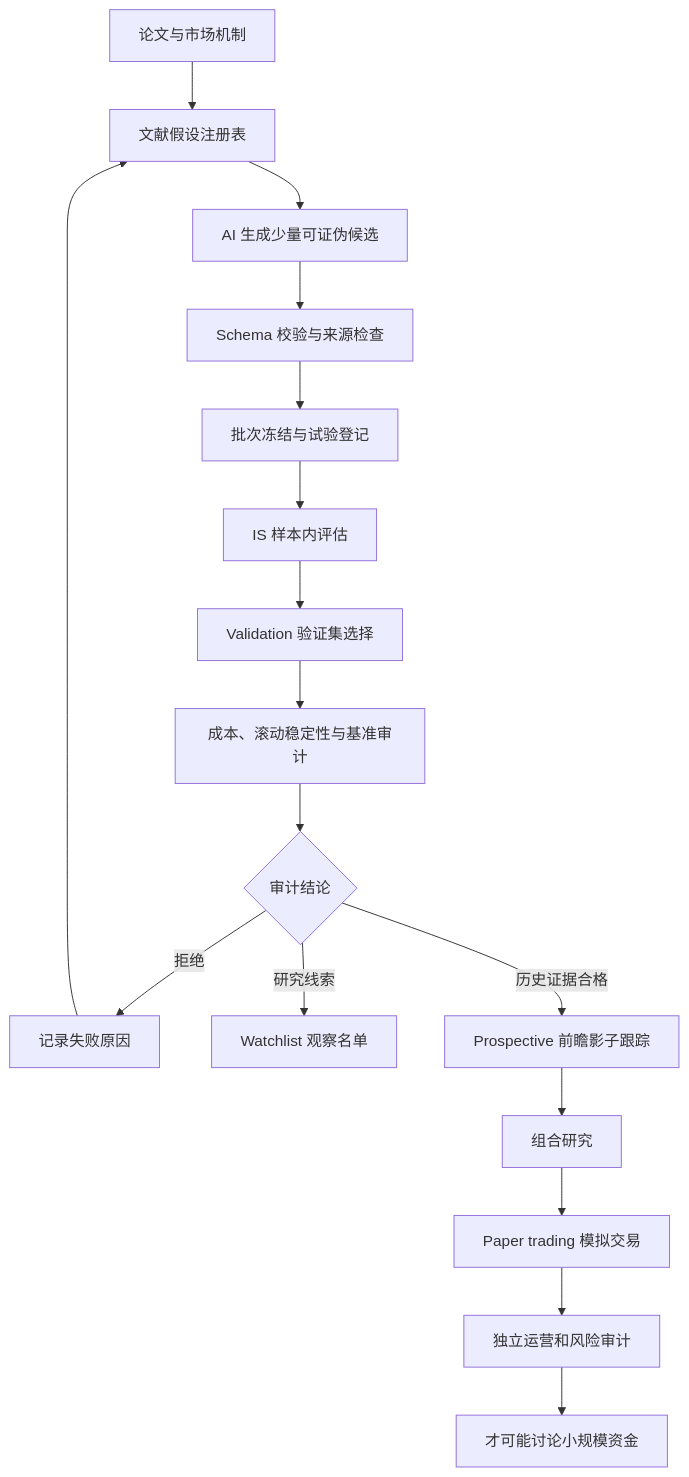
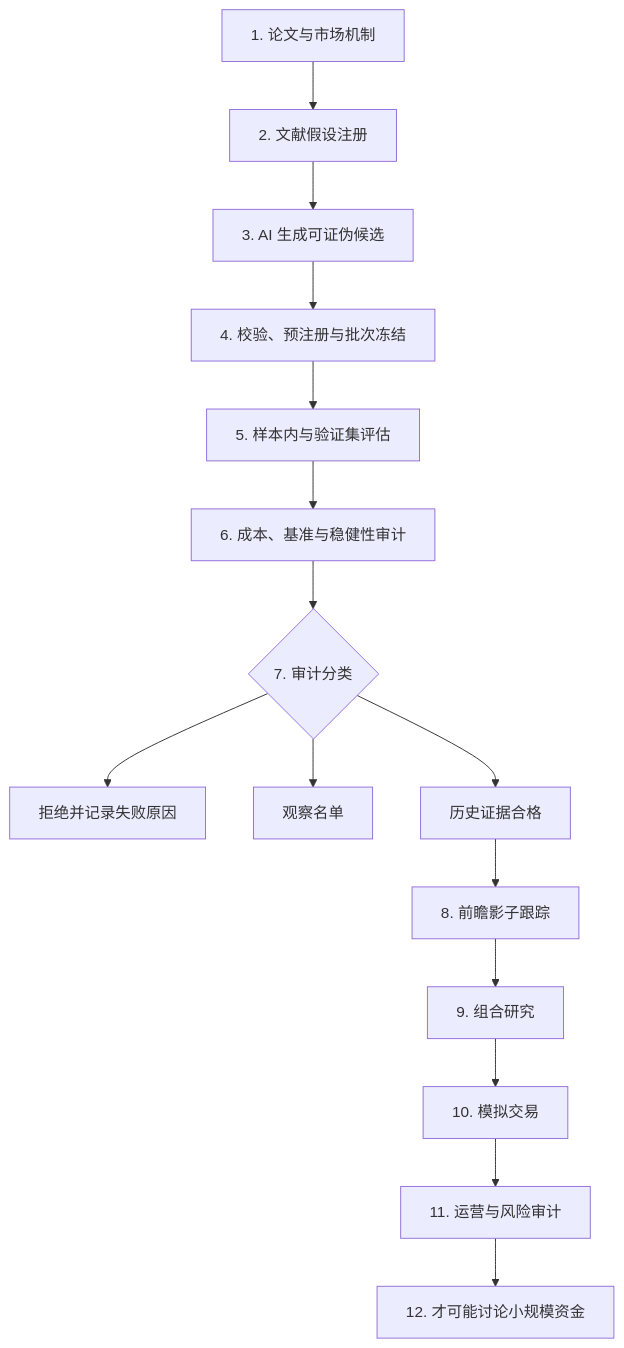
One commit to qniequn-boop/open-crypto-factor-research changed the diagram in README.md. Above: the diagram before and after it, drawn with Mermaid.

Commit message:
docs: simplify Mermaid research workflow

````diff
--- a/README.md
+++ b/README.md
@@ -32,19 +32,17 @@
 ```mermaid
 flowchart TD
-    A["论文与市场机制"] --> B["文献假设注册表"]
-    B --> C["AI 生成少量可证伪候选"]
-    C --> D["Schema 校验与来源检查"]
-    D --> E["批次冻结与试验登记"]
-    E --> F["IS 样本内评估"]
-    F --> G["Validation 验证集选择"]
-    G --> H["成本、滚动稳定性与基准审计"]
-    H --> I{"审计结论"}
-    I -->|拒绝| J["记录失败原因"]
-    I -->|研究线索| K["Watchlist 观察名单"]
-    I -->|历史证据合格| L["Prospective 前瞻影子跟踪"]
-    L --> M["组合研究"]
-    M --> N["Paper trading 模拟交易"]
-    N --> O["独立运营和风险审计"]
-    O --> P["才可能讨论小规模资金"]
-    J --> B
+    A["1. 论文与市场机制"] --> B["2. 文献假设注册"]
+    B --> C["3. AI 生成可证伪候选"]
+    C --> D["4. 校验、预注册与批次冻结"]
+    D --> E["5. 样本内与验证集评估"]
+    E --> F["6. 成本、基准与稳健性审计"]
+    F --> G{"7. 审计分类"}
+    G --> H["拒绝并记录失败原因"]
+    G --> I["观察名单"]
+    G --> J["历史证据合格"]
+    J --> K["8. 前瞻影子跟踪"]
+    K --> L["9. 组合研究"]
+    L --> M["10. 模拟交易"]
+    M --> N["11. 运营与风险审计"]
+    N --> O["12. 才可能讨论小规模资金"]
 ```
````
